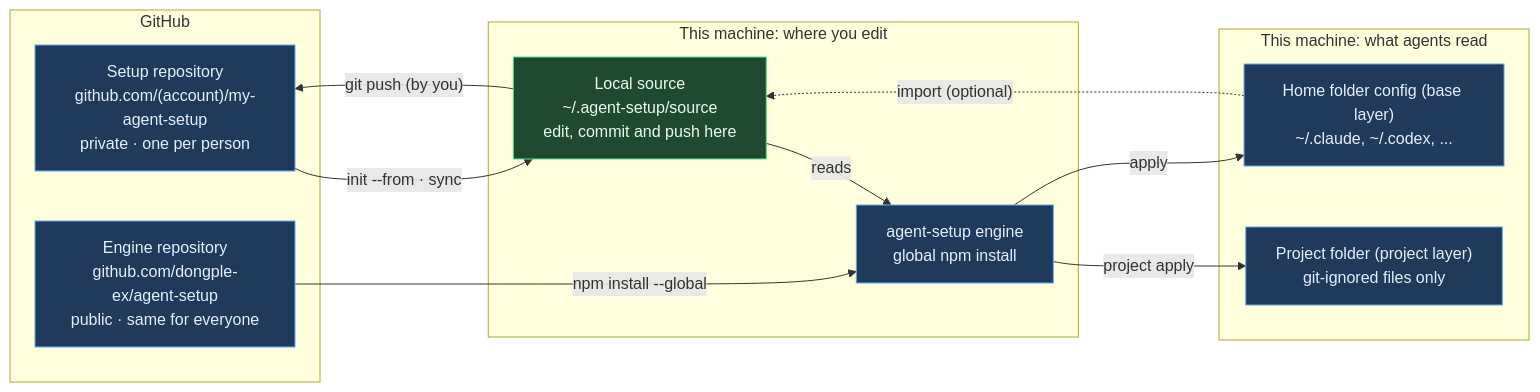
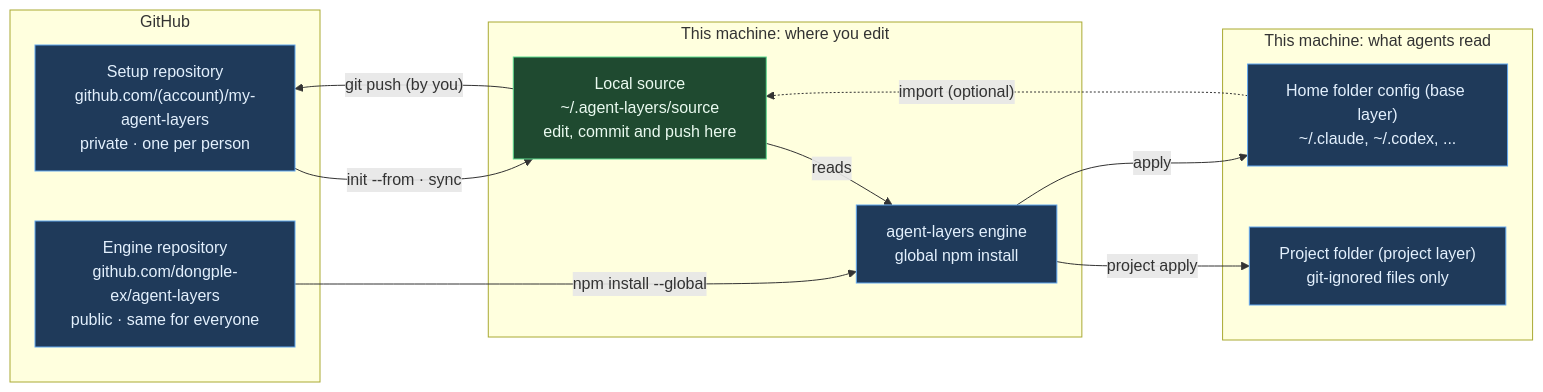
Before and after one commit to dongple-ex/agent-layers: the diagram in docs/GUIDE.en.md, drawn with Mermaid. The commit also changed other lines of this file and 31 other files, not shown here.

First line of the commit message:
Rename the tool to agent-layers and prepare the npm release

````diff
--- a/docs/GUIDE.en.md
+++ b/docs/GUIDE.en.md
@@ -68,28 +66,28 @@
 ```mermaid
 flowchart LR
   subgraph GH["GitHub"]
-    SR["Setup repository<br/>github.com/(account)/my-agent-setup<br/>private · one per person"]
-    ER["Engine repository<br/>github.com/dongple-ex/agent-setup<br/>public · same for everyone"]
+    SR["Setup repository<br/>github.com/(account)/my-agent-layers<br/>private · one per person"]
+    ER["Engine repository<br/>github.com/dongple-ex/agent-layers<br/>public · same for everyone"]
   end
   subgraph PC["This machine: where you edit"]
-    SRC["Local source<br/>~/.agent-setup/source<br/>edit, commit and push here"]
-    ENG["agent-setup engine<br/>global npm install"]
+    SRC["Local source<br/>~/.agent-layers/source<br/>edit, commit and push here"]
+    ENG["agent-layers engine<br/>global npm install"]
   end
   subgraph AG["This machine: what agents read"]
     HOME["Home folder config (base layer)<br/>~/.claude, ~/.codex, ..."]
     PROJ["Project folder (project layer)<br/>git-ignored files only"]
   end
   SR -- "init --from · sync" --> SRC
   SRC -- "git push (by you)" --> SR
   ER -- "npm install --global" --> ENG
   SRC -- "reads" --> ENG
   ENG -- "apply" --> HOME
   ENG -- "project apply" --> PROJ
   HOME -. "import (optional)" .-> SRC
   style SRC fill:#1f4a30,stroke:#5ddb8f,color:#eafaf0
   style SR fill:#1f3a5a,stroke:#63a8f0,color:#e3f0fd
   style ER fill:#1f3a5a,stroke:#63a8f0,color:#e3f0fd
   style ENG fill:#1f3a5a,stroke:#63a8f0,color:#e3f0fd
   style HOME fill:#1f3a5a,stroke:#63a8f0,color:#e3f0fd
   style PROJ fill:#1f3a5a,stroke:#63a8f0,color:#e3f0fd
 ```
````
